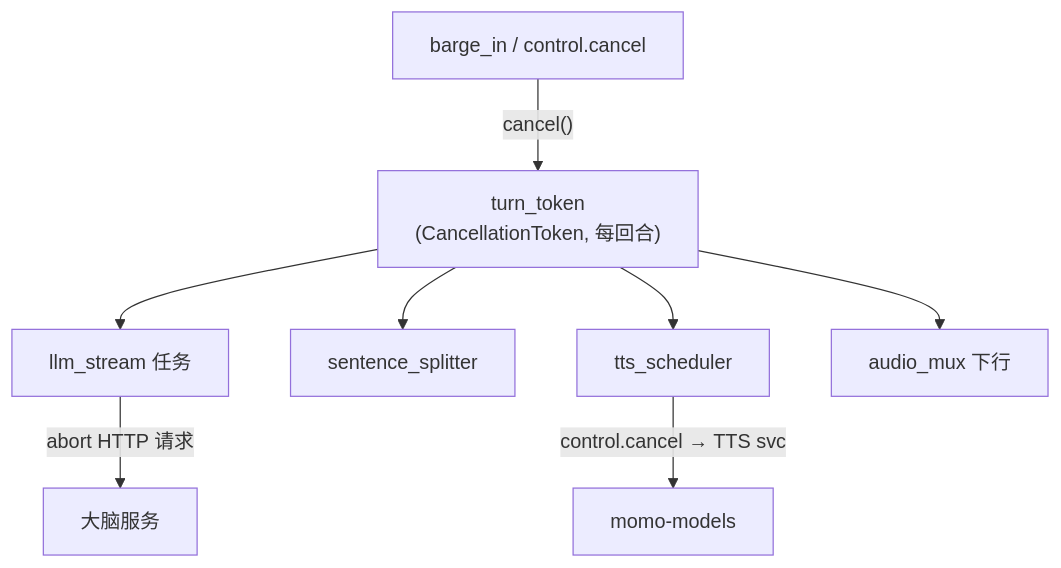
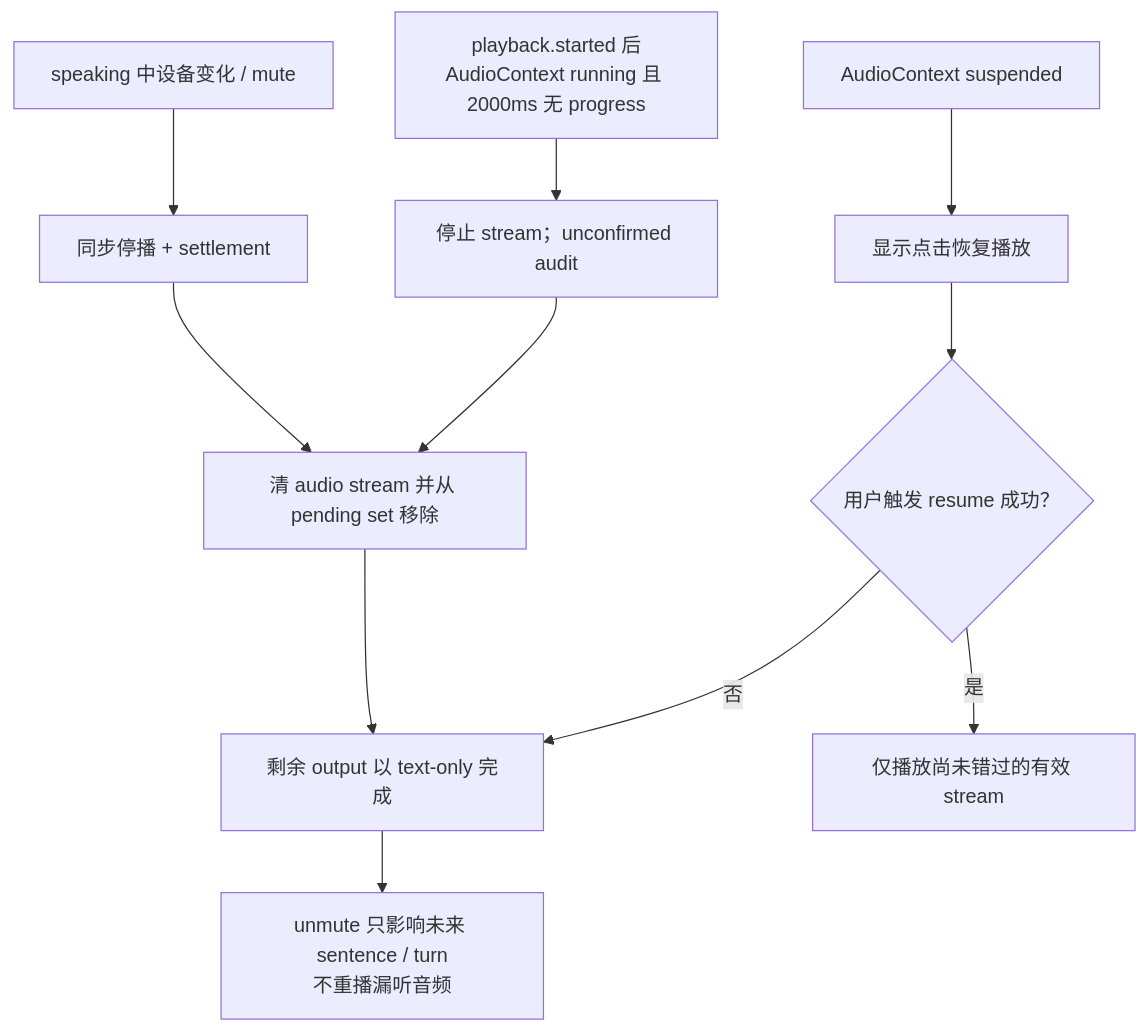
The seventh of 9 diagrams in docs/01-architecture/runtime.md (Momoyeyu/momo), drawn with Mermaid before and after one commit. The commit also changed other lines of this file and 122 other files, not shown here.

````diff
--- a/docs/01-architecture/runtime.md
+++ b/docs/01-architecture/runtime.md
@@ -48,10 +156,12 @@
 ```mermaid
 flowchart TD
-    ROOT["turn_token<br/>(CancellationToken, 每回合)"] --> LLM["llm_stream 任务"]
-    ROOT --> SPLIT["sentence_splitter"]
-    ROOT --> TTSQ["tts_scheduler"]
-    ROOT --> MUX["audio_mux 下行"]
-    BARGE["barge_in / control.cancel"] -->|"cancel()"| ROOT
-    TTSQ -->|"control.cancel → TTS svc"| EXT1["momo-models"]
-    LLM -->|"abort HTTP 请求"| EXT2["大脑服务"]
+    EVENT["speaking 中设备变化 / mute"] --> STOP["同步停播 + settlement"]
+    STOP --> REMOVE["清 audio stream 并从 pending set 移除"]
+    REMOVE --> TEXT["剩余 output 以 text-only 完成"]
+    TEXT --> FUTURE["unmute 只影响未来 sentence / turn<br/>不重播漏听音频"]
+    SUSPEND["AudioContext suspended"] --> CTA["显示点击恢复播放"]
+    CTA --> RESUME{"用户触发 resume 成功？"}
+    RESUME -->|"是"| PLAY["仅播放尚未错过的有效 stream"]
+    RESUME -->|"否"| TEXT
+    DEADLINE["playback.started 后<br/>AudioContext running 且 2000ms 无 progress"] --> STOPSTREAM["停止 stream；unconfirmed audit"] --> REMOVE
 ```
````
